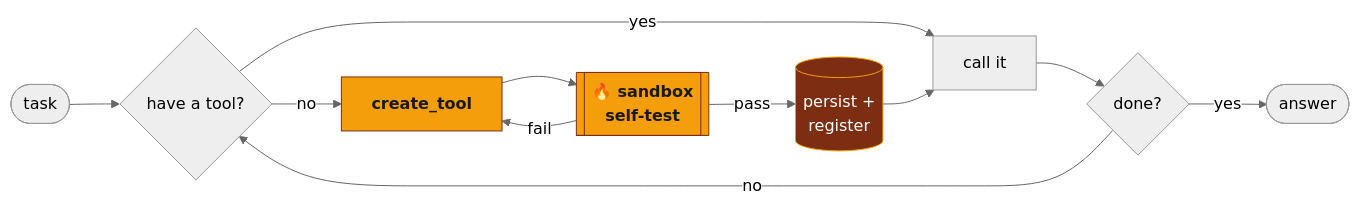
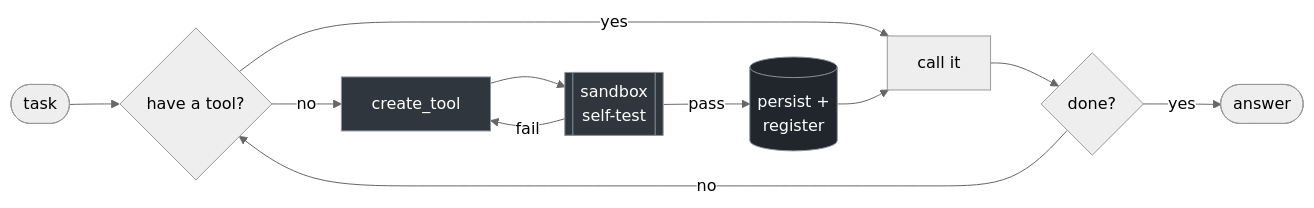
The diagram in README.md (MossLouvan/daedalus), drawn with Mermaid (neutral theme) before and after one commit. The commit also changed other lines of this file, not shown here.

````diff
--- a/README.md
+++ b/README.md
@@ -53,18 +53,18 @@
 ```mermaid
 flowchart LR
     A([task]) --> B{have a tool?}
     B -- yes --> C[call it]
     B -- no --> D[create_tool]
-    D --> E[["🔥 sandbox<br/>self-test"]]
+    D --> E[[sandbox<br/>self-test]]
     E -- fail --> D
     E -- pass --> F[(persist +<br/>register)]
     F --> C
     C --> G{done?}
     G -- no --> B
     G -- yes --> H([answer])
 
-    classDef forge fill:#F59E0B,stroke:#7C2D12,color:#1a1a1a,font-weight:bold;
-    classDef store fill:#7C2D12,stroke:#F59E0B,color:#fff;
+    classDef forge fill:#30363d,stroke:#8b949e,color:#ffffff;
+    classDef store fill:#21262d,stroke:#8b949e,color:#ffffff;
     class D,E forge;
     class F store;
 ```
````
